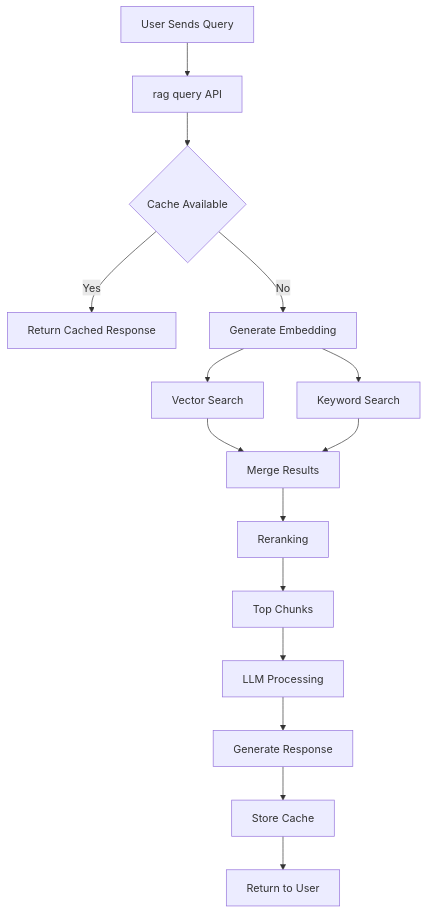
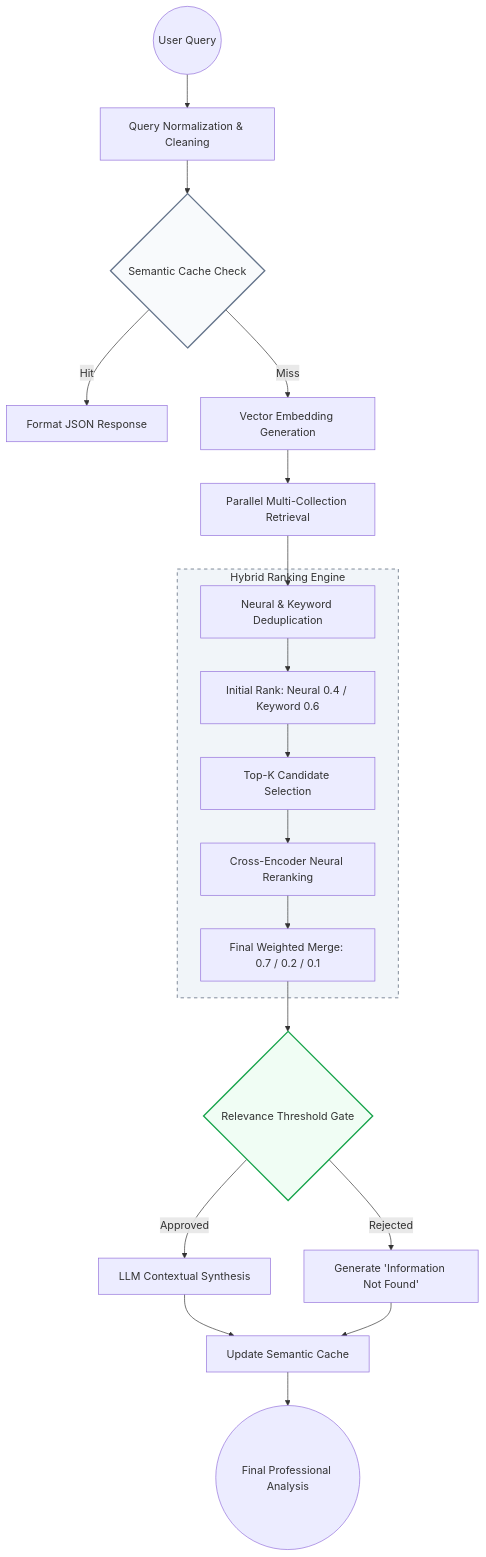
The first of 3 diagrams in README.md (SHATHISH-07/itl-rag-system), drawn with Mermaid before and after one commit. The commit also changed other lines of this file and 7 other files, not shown here.

First line of the commit message:
Add system and user flow diagrams

````diff
--- a/README.md
+++ b/README.md
@@ -146,28 +56,36 @@
 ```mermaid
-flowchart TD
-    A[User Sends Query] --> B[rag query API]
+graph TD
+    %% Entry
+    Input((User Query)) --> PreProc[Query Normalization & Cleaning]
+    
+    %% Semantic Layer
+    PreProc --> Cache{Semantic Cache Check}
+    Cache -- Hit --> Format[Format JSON Response]
+    
+    %% Retrieval Layer
+    Cache -- Miss --> VectorGen[Vector Embedding Generation]
+    VectorGen --> ParallelSearch[Parallel Multi-Collection Retrieval]
+    ParallelSearch --> Dedup[Neural & Keyword Deduplication]
+    
+    %% Scoring Strategy
+    subgraph Hybrid_Scoring_Engine [Hybrid Ranking Engine]
+        Dedup --> InitialRank[Initial Rank: Neural 0.4 / Keyword 0.6]
+        InitialRank --> Selection[Top-K Candidate Selection]
+        Selection --> CrossRank[Cross-Encoder Neural Reranking]
+        CrossRank --> FinalWeight[Final Weighted Merge: 0.7 / 0.2 / 0.1]
+    end
+    
+    %% Quality Control
+    FinalWeight --> RelGate{Relevance Threshold Gate}
+    RelGate -- Rejected --> NullState[Generate 'Information Not Found']
+    RelGate -- Approved --> ContextSynth[LLM Contextual Synthesis]
+    
+    %% Exit
+    ContextSynth --> UpdateCache[Update Semantic Cache]
+    NullState --> UpdateCache
+    UpdateCache --> Output((Final Professional Analysis))
 
-    B --> C{Cache Available}
-
-    C -->|Yes| D[Return Cached Response]
-
-    C -->|No| E[Generate Embedding]
-
-    E --> F[Vector Search]
-    E --> G[Keyword Search]
-
-    F --> H[Merge Results]
-    G --> H
-
-    H --> I[Reranking]
-
-    I --> J[Top Chunks]
-
-    J --> K[LLM Processing]
-
-    K --> L[Generate Response]
-
-    L --> M[Store Cache]
-
-    M --> N[Return to User]
+    style Cache fill:#f8fafc,stroke:#64748b,stroke-width:2px
+    style RelGate fill:#f0fdf4,stroke:#16a34a,stroke-width:2px
+    style Hybrid_Scoring_Engine fill:#f1f5f9,stroke:#475569,stroke-dasharray: 5 5
 ```
````
